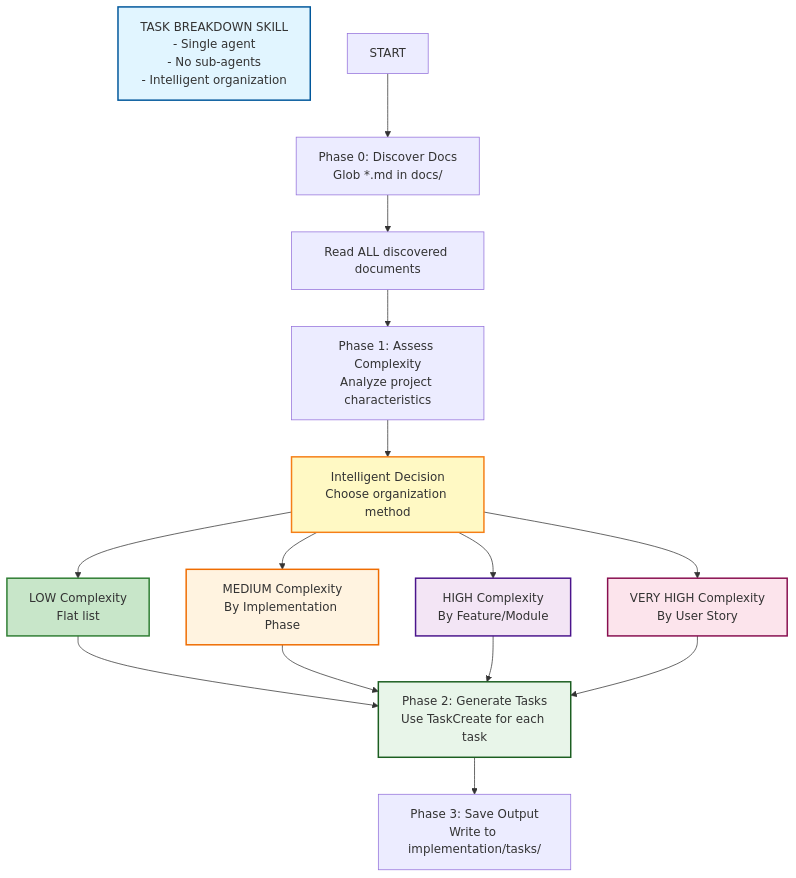
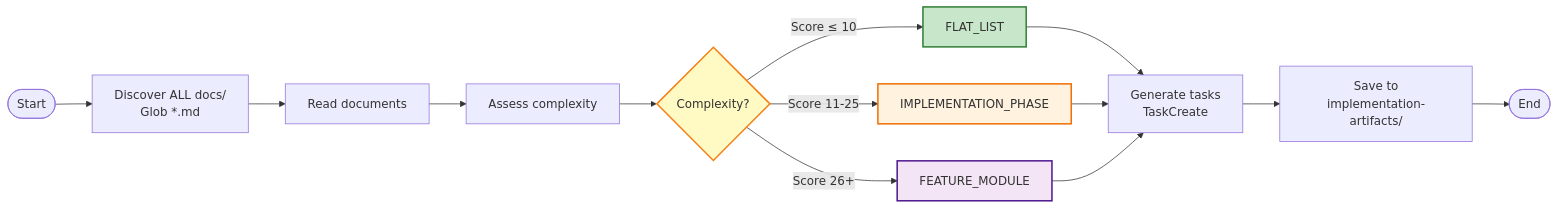
One commit to abcxyzx0099/datachat changed the diagram in .claude/skills/task-breakdown/SKILL.md. Above: the diagram before and after it, drawn with Mermaid. The commit also changed other lines of this file and 36 other files, not shown here.

````diff
--- a/.claude/skills/task-breakdown/SKILL.md
+++ b/.claude/skills/task-breakdown/SKILL.md
@@ -21,39 +20,23 @@
 ```mermaid
-flowchart TD
-    Skill["TASK BREAKDOWN SKILL<br/>- Single agent<br/>- No sub-agents<br/>- Intelligent organization"]
+flowchart LR
+    Start([Start]) --> Discover[Discover ALL docs/<br/>Glob *.md]
+    Discover --> Read[Read documents]
+    Read --> Assess[Assess complexity]
+    Assess --> Decide{Complexity?}
 
-    Start["START"]
-    Discover["Phase 0: Discover Docs<br/>Glob *.md in docs/"]
-    Read["Read ALL discovered documents"]
-    Assess["Phase 1: Assess Complexity<br/>Analyze project characteristics"]
-    Decide["Intelligent Decision<br/>Choose organization method"]
+    Decide -->|Score ≤ 10| Flat[FLAT_LIST]
+    Decide -->|Score 11-25| Phase[IMPLEMENTATION_PHASE]
+    Decide -->|Score 26+| Module[FEATURE_MODULE]
 
-    Low["LOW Complexity<br/>Flat list"]
-    Medium["MEDIUM Complexity<br/>By Implementation Phase"]
-    High["HIGH Complexity<br/>By Feature/Module"]
-    VeryHigh["VERY HIGH Complexity<br/>By User Story"]
+    Flat --> Generate[Generate tasks<br/>TaskCreate]
+    Phase --> Generate
+    Module --> Generate
 
-    Generate["Phase 2: Generate Tasks<br/>Use TaskCreate for each task"]
-    Save["Phase 3: Save Output<br/>Write to implementation/tasks/"]
+    Generate --> Save[Save to<br/>implementation-artifacts/]
+    Save --> End([End])
 
-    Start --> Discover --> Read --> Assess --> Decide
-    Decide --> Low
-    Decide --> Medium
-    Decide --> High
-    Decide --> VeryHigh
-
-    Low --> Generate
-    Medium --> Generate
-    High --> Generate
-    VeryHigh --> Generate
-
-    Generate --> Save
-
-    style Skill fill:#e1f5ff,stroke:#01579b,stroke-width:2px
     style Decide fill:#fff9c4,stroke:#f57f17,stroke-width:2px
-    style Low fill:#c8e6c9,stroke:#2e7d32,stroke-width:2px
-    style Medium fill:#fff3e0,stroke:#ef6c00,stroke-width:2px
-    style High fill:#f3e5f5,stroke:#4a148c,stroke-width:2px
-    style VeryHigh fill:#fce4ec,stroke:#880e4f,stroke-width:2px
-    style Generate fill:#e8f5e9,stroke:#1b5e20,stroke-width:2px
+    style Flat fill:#c8e6c9,stroke:#2e7d32,stroke-width:2px
+    style Phase fill:#fff3e0,stroke:#ef6c00,stroke-width:2px
+    style Module fill:#f3e5f5,stroke:#4a148c,stroke-width:2px
 ```
````
